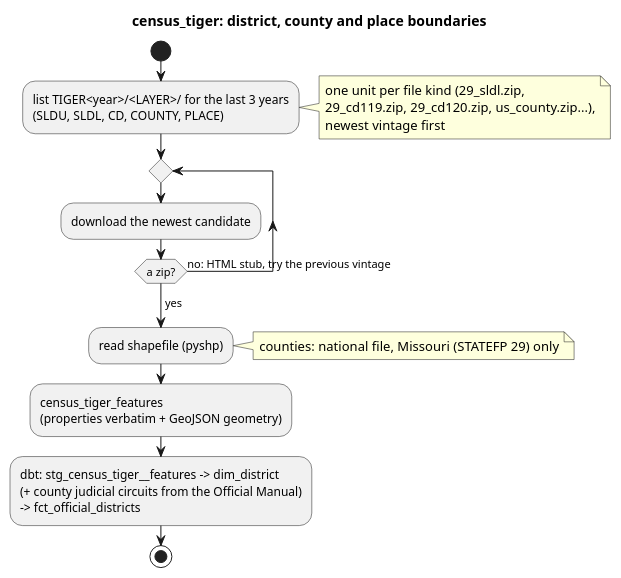
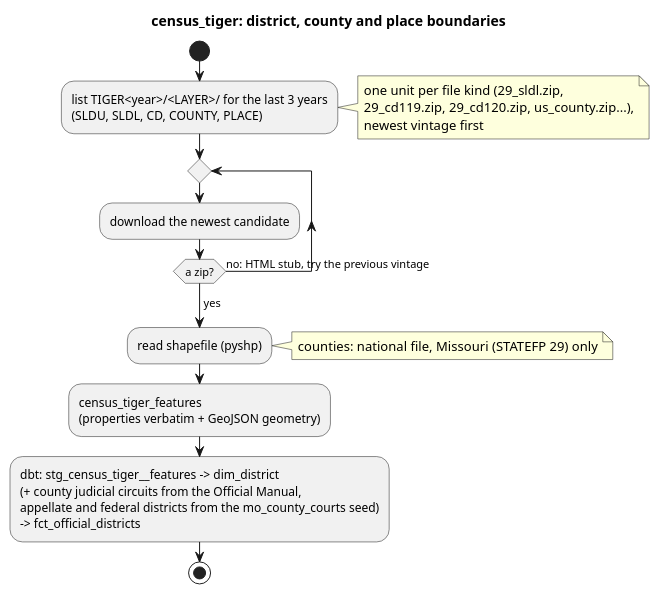
The diagram in docs/diagrams/sources/census_tiger.puml (akettmann/missouri_gov_feed), drawn with PlantUML before and after one commit. The commit also changed 10 other files, not shown here.

```diff
--- a/docs/diagrams/sources/census_tiger.puml
+++ b/docs/diagrams/sources/census_tiger.puml
@@ -1,23 +1,24 @@
 @startuml census_tiger
 title census_tiger: district, county and place boundaries
 start
 :list TIGER<year>/<LAYER>/ for the last 3 years
 (SLDU, SLDL, CD, COUNTY, PLACE);
 note right
   one unit per file kind (29_sldl.zip,
   29_cd119.zip, 29_cd120.zip, us_county.zip...),
   newest vintage first
 end note
 repeat
   :download the newest candidate;
 repeat while (a zip?) is (no: HTML stub, try the previous vintage)
 -> yes;
 :read shapefile (pyshp);
 note right: counties: national file, Missouri (STATEFP 29) only
 :census_tiger_features
 (properties verbatim + GeoJSON geometry);
 :dbt: stg_census_tiger__features -> dim_district
-(+ county judicial circuits from the Official Manual)
+(+ county judicial circuits from the Official Manual,
+appellate and federal districts from the mo_county_courts seed)
 -> fct_official_districts;
 stop
 @enduml
```
